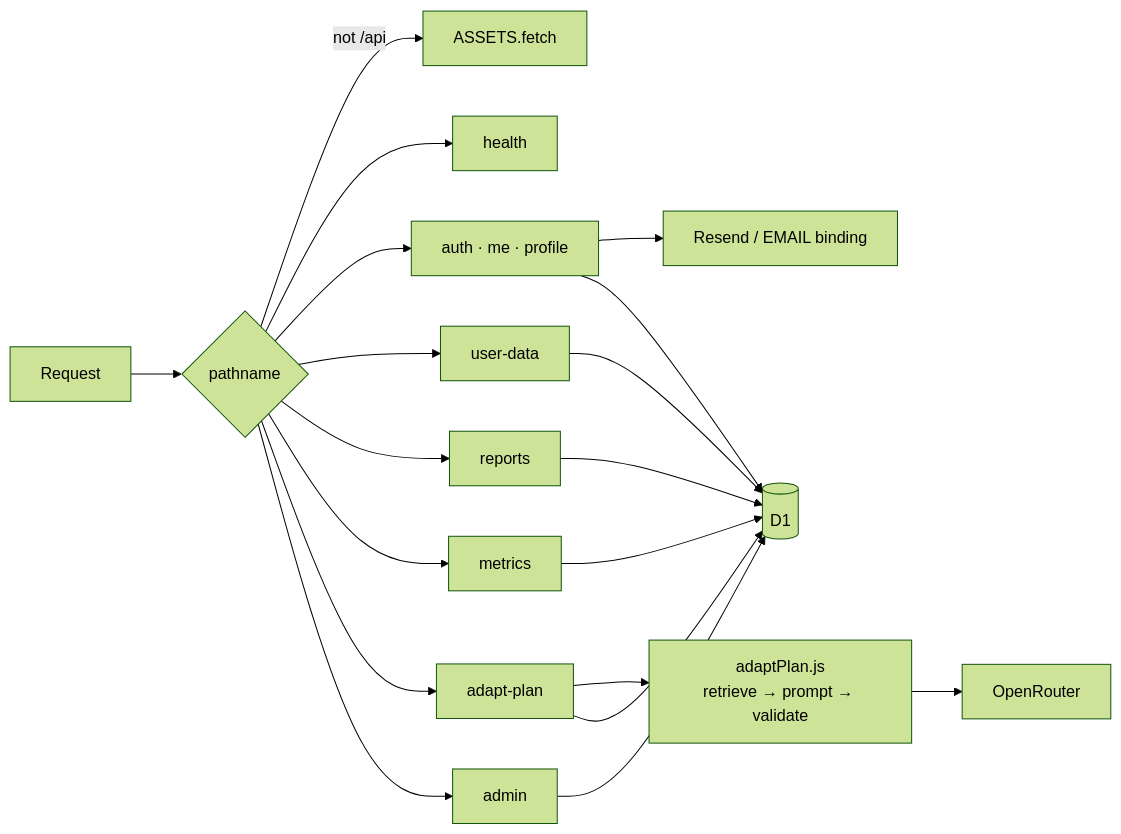
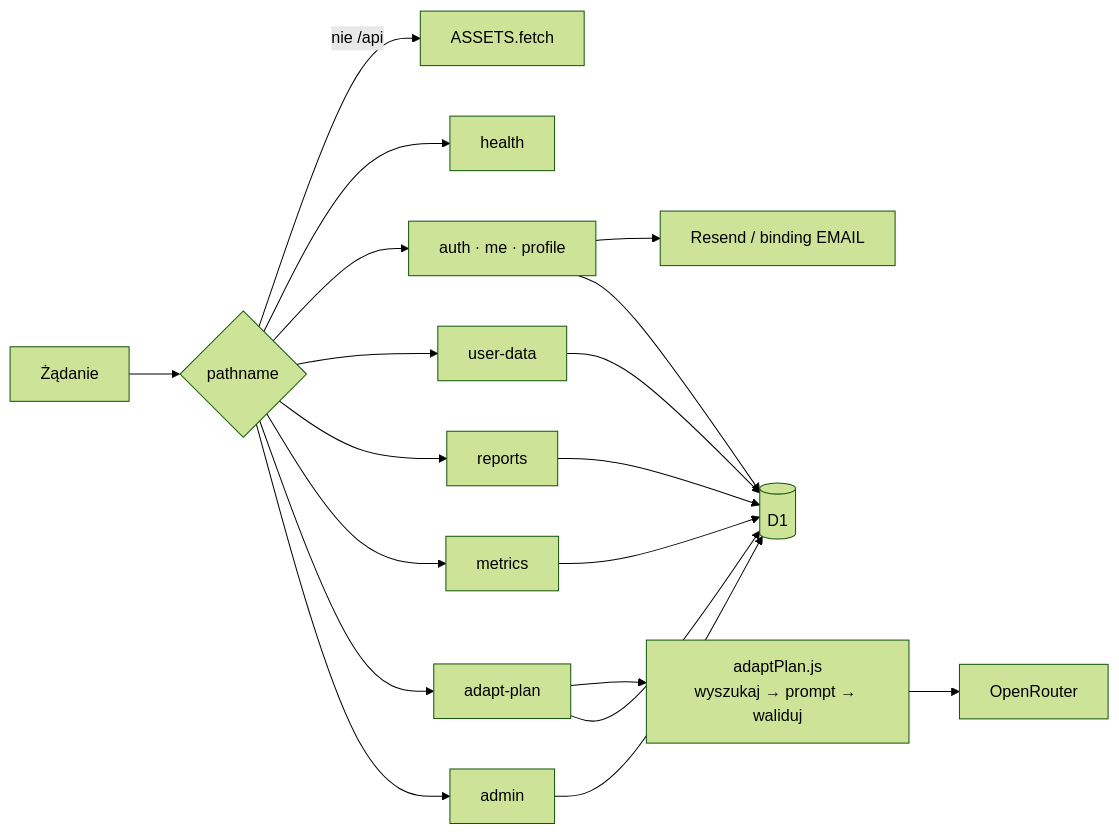
One commit to DLiHealer/bridgeway changed the fourth of 8 diagrams in docs/ARCHITECTURE.md. Above: the diagram before and after it, drawn with Mermaid (forest theme). The commit also changed other lines of this file and 11 other files, not shown here.

````diff
--- a/docs/ARCHITECTURE.md
+++ b/docs/ARCHITECTURE.md
@@ -121,16 +121,16 @@
 ```mermaid
 flowchart LR
-  Req[Request] --> Router{pathname}
-  Router -- not /api --> Assets[ASSETS.fetch]
+  Req[Żądanie] --> Router{pathname}
+  Router -- nie /api --> Assets[ASSETS.fetch]
   Router --> Health["health"]
   Router --> Auth["auth · me · profile"]
   Router --> UD["user-data"]
   Router --> Rep["reports"]
   Router --> Met["metrics"]
   Router --> Adapt["adapt-plan"]
   Router --> Adm["admin"]
-  Auth --> Mail[Resend / EMAIL binding]
-  Adapt --> AP[adaptPlan.js<br/>retrieve → prompt → validate]
+  Auth --> Mail[Resend / binding EMAIL]
+  Adapt --> AP[adaptPlan.js<br/>wyszukaj → prompt → waliduj]
   AP --> OR[OpenRouter]
   Auth & UD & Rep & Met & Adapt & Adm --> D1[(D1)]
 ```
````
